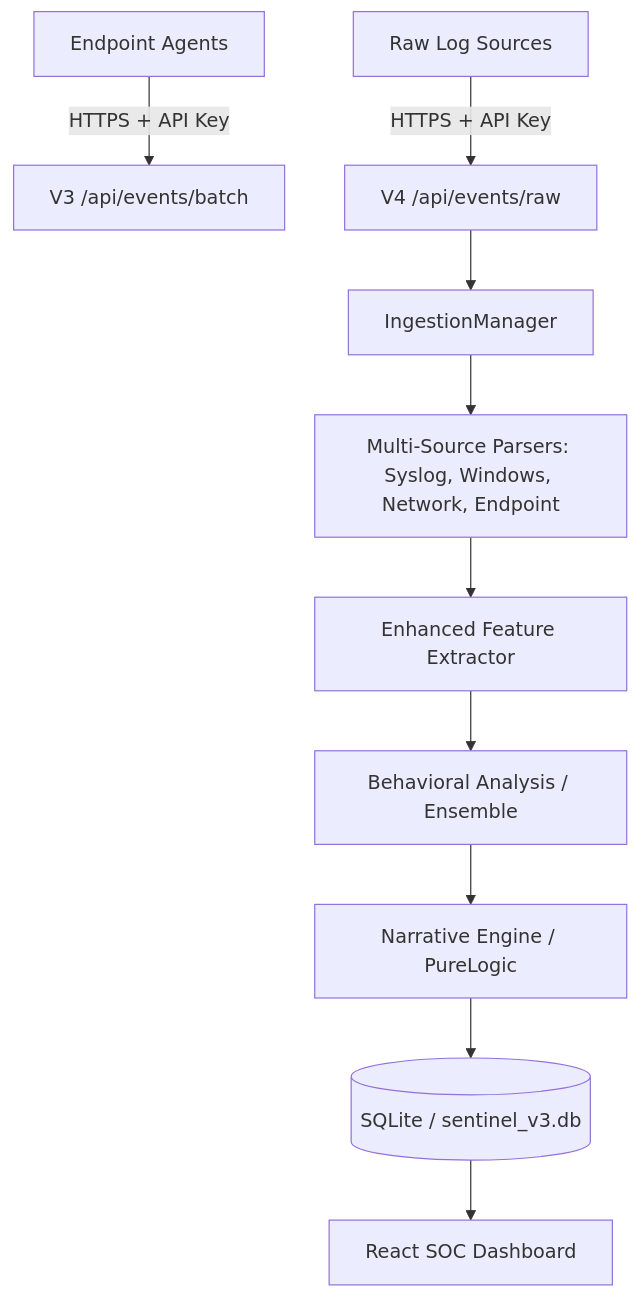
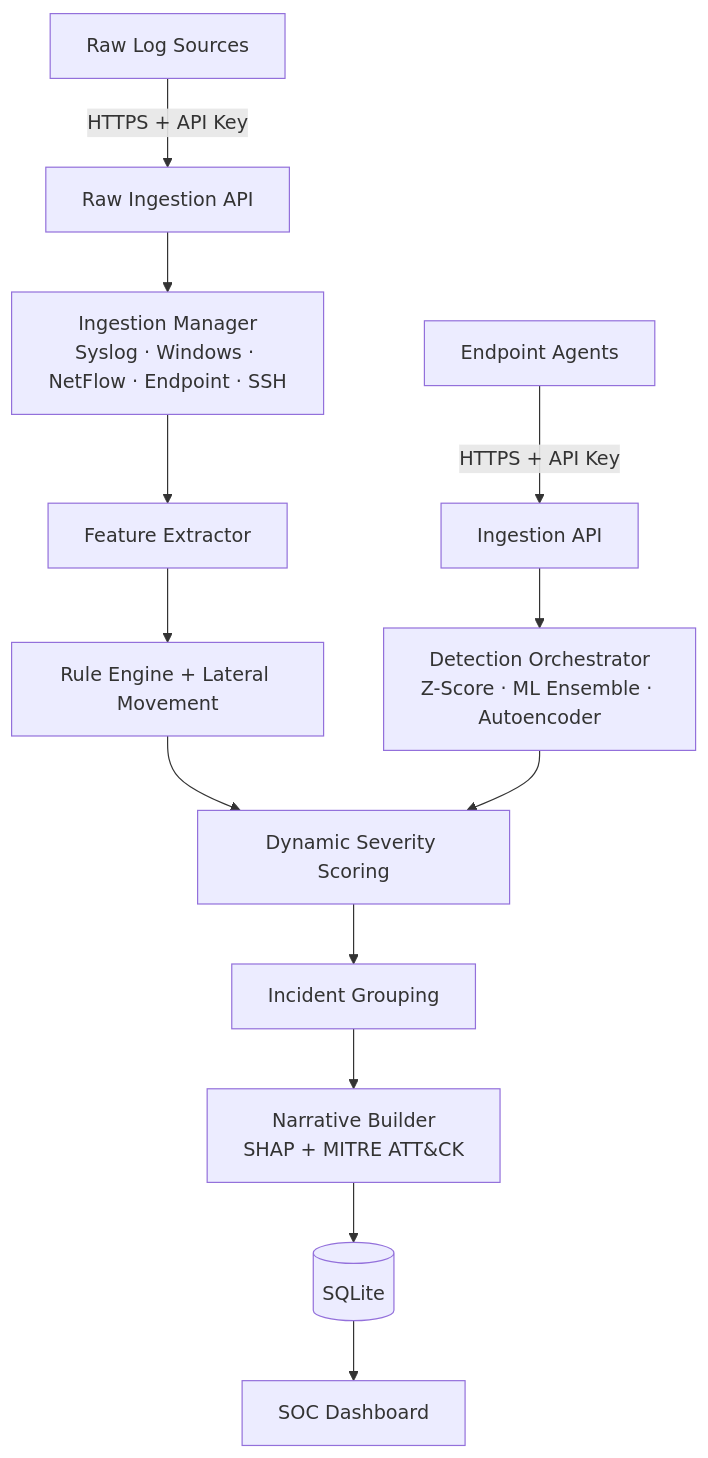
One commit to tsmanral/ai-security-log-agent changed the diagram in README.md. Above: the diagram before and after it, drawn with Mermaid. The commit also changed other lines of this file and 46 other files, not shown here.

````diff
--- a/README.md
+++ b/README.md
@@ -98,12 +83,15 @@
 ```mermaid
 graph TD
-    A[Endpoint Agents] -->|HTTPS + API Key| B[V3 /api/events/batch]
-    R[Raw Log Sources] -->|HTTPS + API Key| V[V4 /api/events/raw]
-    V --> IM[IngestionManager]
-    IM --> Parsers[Multi-Source Parsers: Syslog, Windows, Network, Endpoint]
-    Parsers --> FE[Enhanced Feature Extractor]
-    FE --> ML[Behavioral Analysis / Ensemble]
-    ML --> NE[Narrative Engine / PureLogic]
-    NE --> DB[(SQLite / sentinel_v3.db)]
-    DB --> UI[React SOC Dashboard]
+    A[Endpoint Agents] -->|HTTPS + API Key| B[Ingestion API]
+    R[Raw Log Sources] -->|HTTPS + API Key| V[Raw Ingestion API]
+    V --> IM[Ingestion Manager<br/>Syslog · Windows · NetFlow · Endpoint · SSH]
+    IM --> FE[Feature Extractor]
+    B --> C[Detection Orchestrator<br/>Z-Score · ML Ensemble · Autoencoder]
+    FE --> RE[Rule Engine + Lateral Movement]
+    RE --> SV[Dynamic Severity Scoring]
+    C --> SV
+    SV --> INC[Incident Grouping]
+    INC --> NB[Narrative Builder<br/>SHAP + MITRE ATT&CK]
+    NB --> DB[(SQLite)]
+    DB --> DASH[SOC Dashboard]
 ```
````
